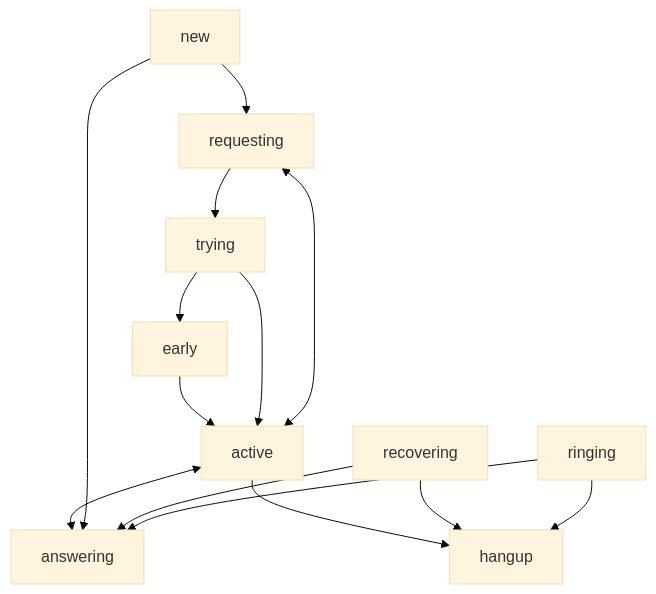
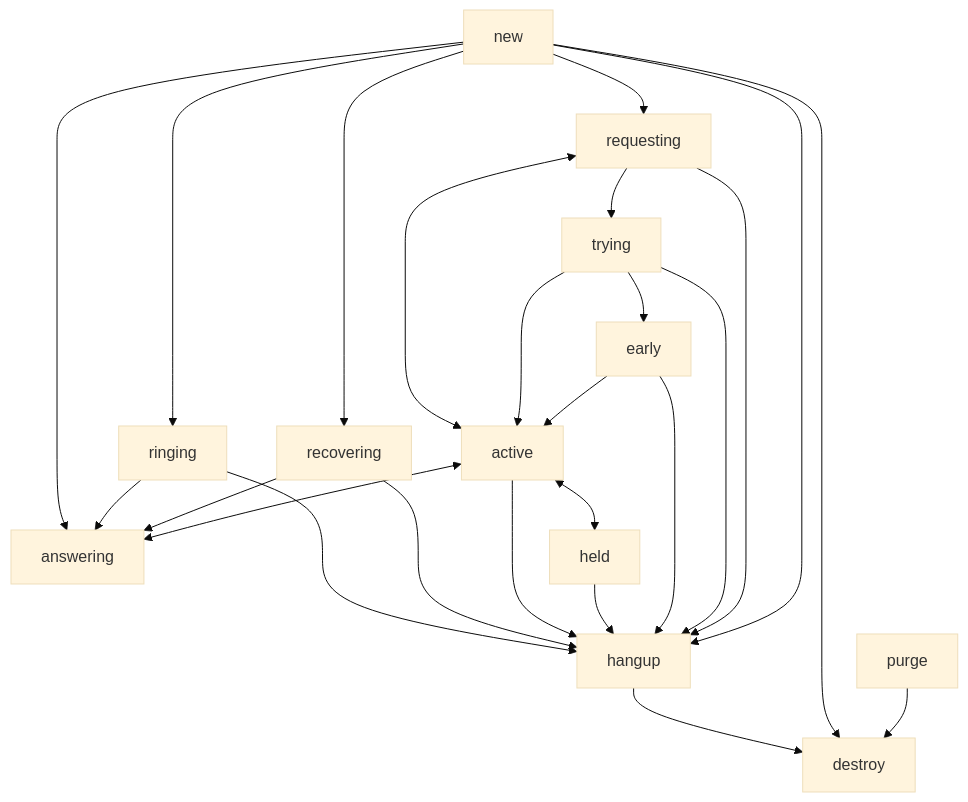
One commit to bjenning04/foam changed the fourth of 4 diagrams in verto-design.md. Above: the diagram before and after it, drawn with Mermaid (base theme).

Commit message:
May 4, 2026, 6:07 PM

````diff
--- a/verto-design.md
+++ b/verto-design.md
@@ -318,16 +318,27 @@
 ```mermaid
 flowchart
+    new --> answering
+    new --> ringing
+    new --> recovering
     new --> requesting
     requesting --> trying
     trying --> early
     requesting <--> active
     trying --> active
     early --> active
     ringing --> answering
     recovering --> answering
-    new --> answering
     active <--> answering
     ringing --> hangup
     recovering --> hangup
     active --> hangup
+    active <--> held
+    held --> hangup
+    early --> hangup
+    trying --> hangup
+    requesting --> hangup
+    new --> hangup
+    hangup --> destroy
+    new --> destroy
+    purge --> destroy
 ```
````
